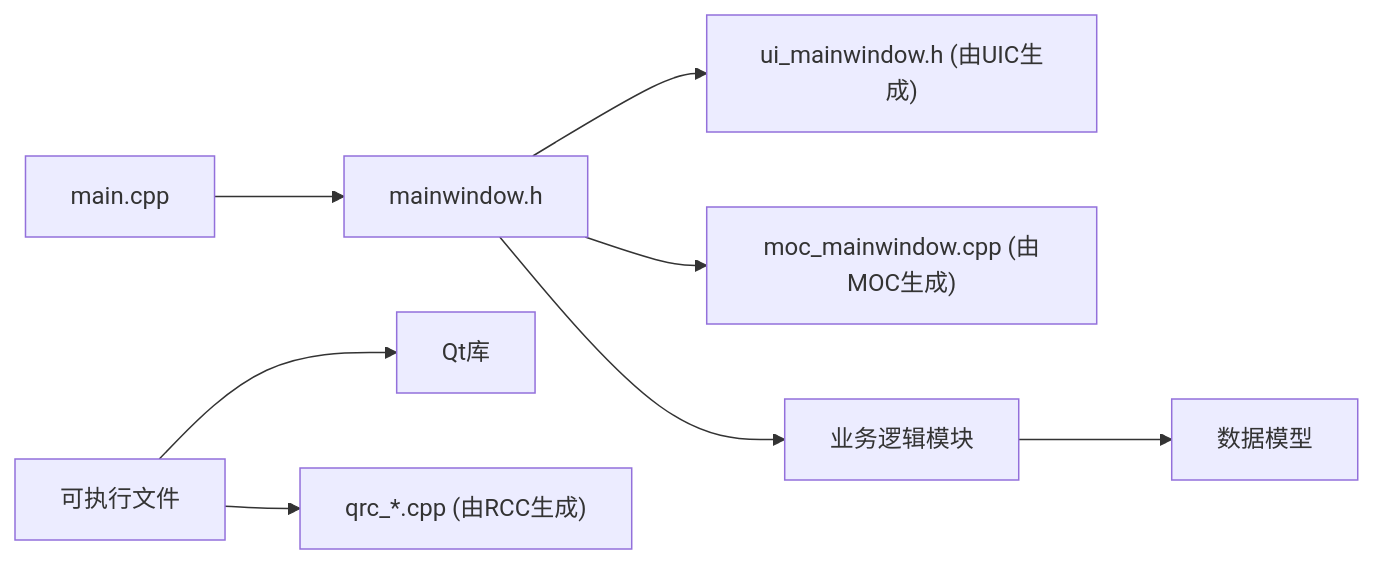
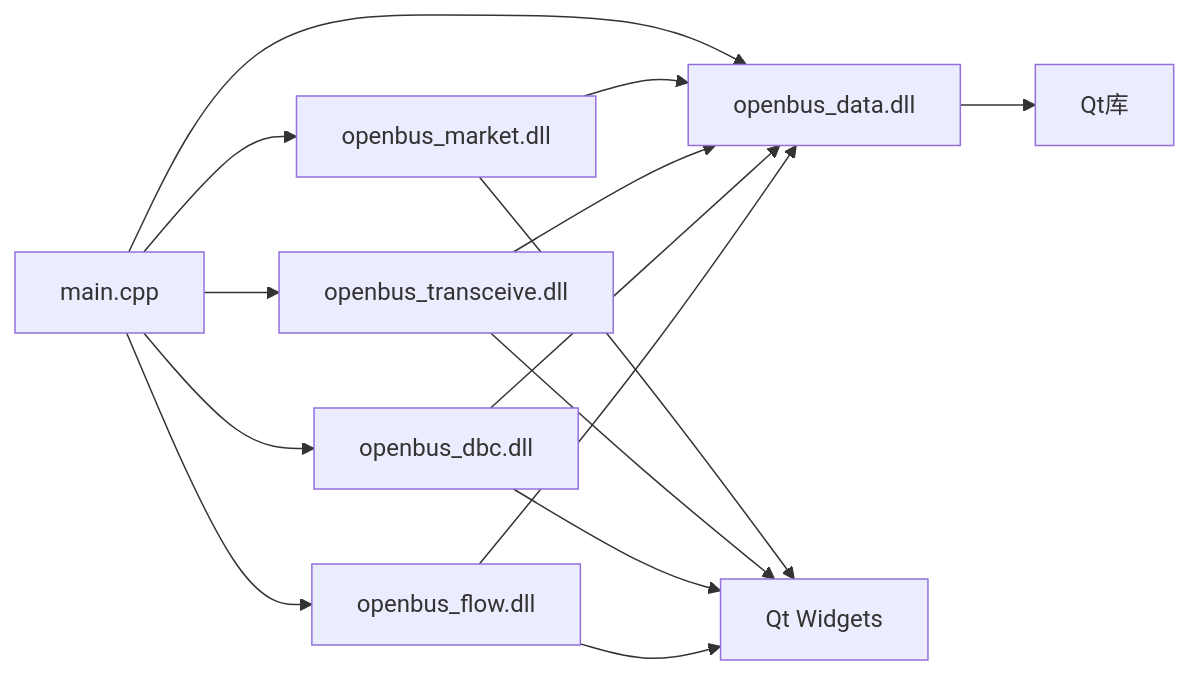
The fourth of 4 diagrams in .qoder/repowiki/zh/content/构建和部署/构建流程/构建流程.md (jakecai1225-design/OpenBus), drawn with Mermaid before and after one commit. The commit also changed other lines of this file and 177 other files, not shown here.

````diff
--- a/.qoder/repowiki/zh/content/构建和部署/构建流程/构建流程.md
+++ b/.qoder/repowiki/zh/content/构建和部署/构建流程/构建流程.md
@@ -229,10 +336,17 @@
 ```mermaid
 graph LR
-Main["main.cpp"] --> UIH["mainwindow.h"]
-UIH --> UIC["ui_mainwindow.h (由UIC生成)"]
-UIH --> MOC["moc_mainwindow.cpp (由MOC生成)"]
-App["可执行文件"] --> QtLibs["Qt库"]
-App --> QRC["qrc_*.cpp (由RCC生成)"]
-UIH --> Business["业务逻辑模块"]
-Business --> Data["数据模型"]
+Main["main.cpp"] --> Data["openbus_data.dll"]
+Main --> Market["openbus_market.dll"]
+Main --> Transceive["openbus_transceive.dll"]
+Main --> DBC["openbus_dbc.dll"]
+Main --> Flow["openbus_flow.dll"]
+Data --> QtLibs["Qt库"]
+Market --> Data
+Transceive --> Data
+DBC --> Data
+Flow --> Data
+Market --> QtWidgets["Qt Widgets"]
+Transceive --> QtWidgets
+DBC --> QtWidgets
+Flow --> QtWidgets
 ```
````
